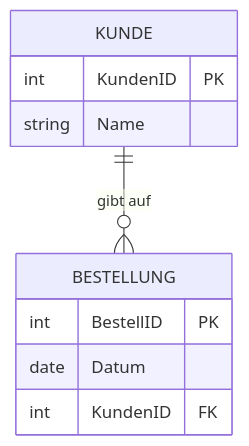
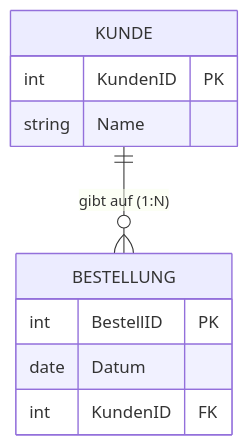
One commit to T-Boyke/SQL-Fundamentals changed the second of 2 diagrams in Day_01/readme.md. Above: the diagram before and after it, drawn with Mermaid. The commit also changed other lines of this file and 13 other files, not shown here.

````diff
--- a/Day_01/readme.md
+++ b/Day_01/readme.md
@@ -90,13 +108,13 @@
 ```mermaid
 erDiagram
     KUNDE {
         int KundenID PK
         string Name
     }
     BESTELLUNG {
         int BestellID PK
         date Datum
         int KundenID FK
     }
-    KUNDE ||--o{ BESTELLUNG : "gibt auf"
+    KUNDE ||--o{ BESTELLUNG : "gibt auf (1:N)"
 ```
````
